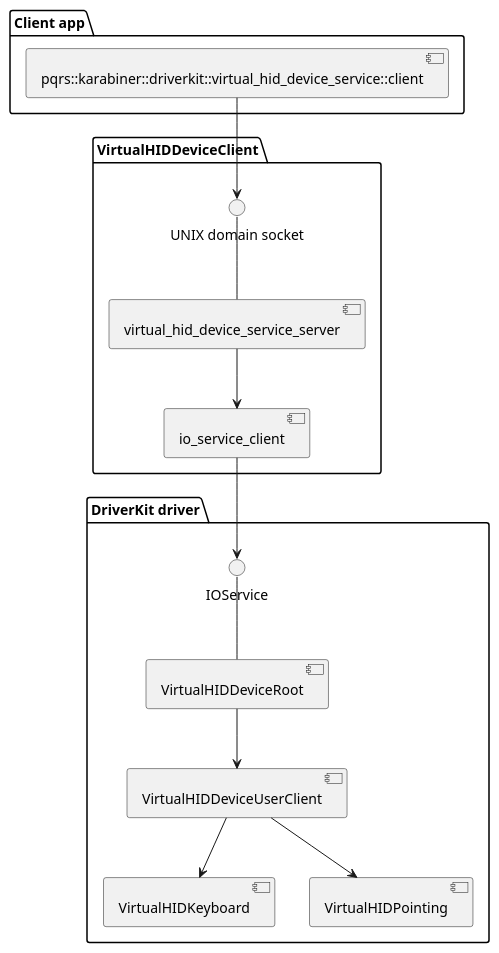
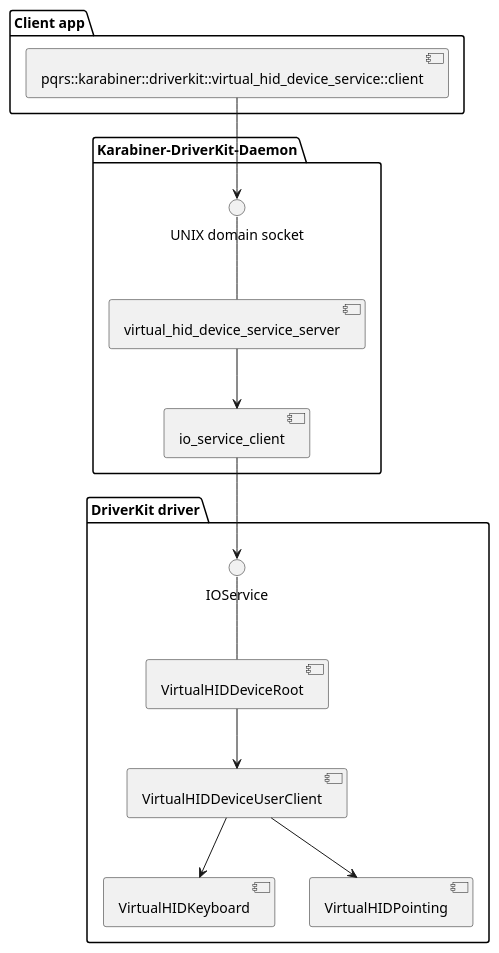
One commit to pqrs-org/Karabiner-DriverKit-VirtualHIDDevice changed the diagram in docs/plantuml/components.plantuml. Above: the diagram before and after it, drawn with PlantUML. The commit also changed 1 other file, not shown here.

```diff
--- a/docs/plantuml/components.plantuml
+++ b/docs/plantuml/components.plantuml
@@ -1,21 +1,21 @@
 @startuml components
 
 package "DriverKit driver" {
   () IOService -- [VirtualHIDDeviceRoot]
   [VirtualHIDDeviceRoot] --> [VirtualHIDDeviceUserClient]
   [VirtualHIDDeviceUserClient] --> [VirtualHIDKeyboard]
   [VirtualHIDDeviceUserClient] --> [VirtualHIDPointing]
 }
 
-package "VirtualHIDDeviceClient" {
+package "Karabiner-DriverKit-Daemon" {
   () "UNIX domain socket" as serversock
   serversock -- [virtual_hid_device_service_server]
   [virtual_hid_device_service_server] --> [io_service_client]
   [io_service_client] --> () IOService
 }
 
 package "Client app" {
   [pqrs::karabiner::driverkit::virtual_hid_device_service::client] --> serversock
 }
 
 @enduml
```
